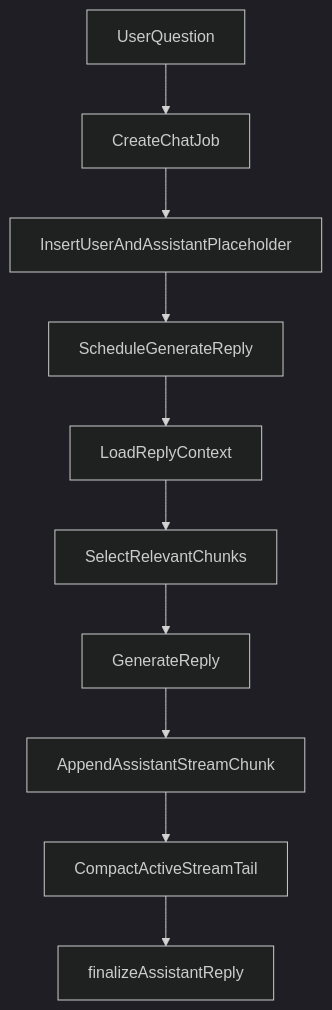
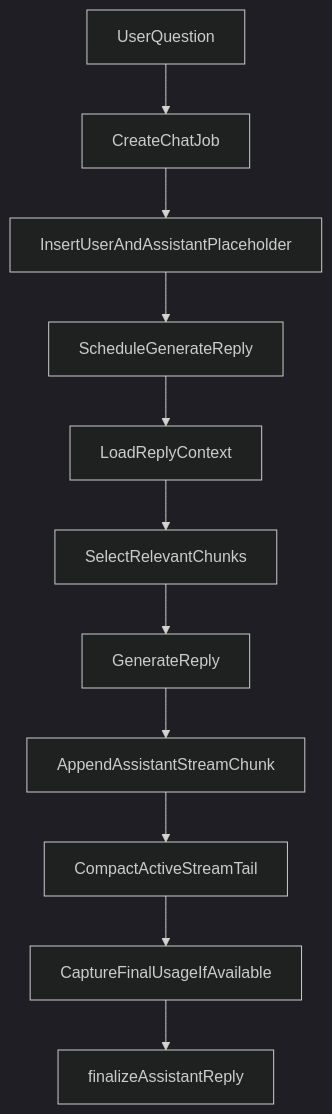
Before and after one commit to EricTsai83/architect-agent: the first of 3 diagrams in docs/chat-and-analysis-pipeline.md, drawn with Mermaid (dark theme). The commit also changed other lines of this file and 14 other files, not shown here.

````diff
--- a/docs/chat-and-analysis-pipeline.md
+++ b/docs/chat-and-analysis-pipeline.md
@@ -26,23 +26,25 @@
 ```mermaid
 flowchart TD
   UserQuestion[UserQuestion]
   CreateJob[CreateChatJob]
   InsertMessages[InsertUserAndAssistantPlaceholder]
   Schedule[ScheduleGenerateReply]
   LoadContext[LoadReplyContext]
   SelectChunks[SelectRelevantChunks]
   Generate[GenerateReply]
   Stream[AppendAssistantStreamChunk]
   Compact[CompactActiveStreamTail]
+  Usage[CaptureFinalUsageIfAvailable]
   Complete[finalizeAssistantReply]
 
   UserQuestion --> CreateJob
   CreateJob --> InsertMessages
   InsertMessages --> Schedule
   Schedule --> LoadContext
   LoadContext --> SelectChunks
   SelectChunks --> Generate
   Generate --> Stream
   Stream --> Compact
-  Compact --> Complete
+  Compact --> Usage
+  Usage --> Complete
 ```
````
